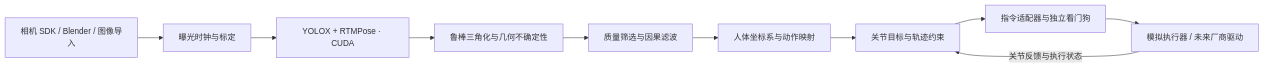
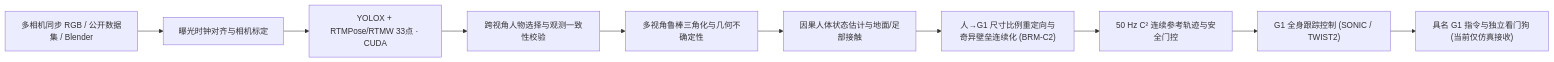
Before and after one commit to Tw6249/multiview-3d-pose-estimation: the diagram in docs/architecture.md, drawn with Mermaid. The commit also changed other lines of this file and 211 other files, not shown here.

Commit message:
chore: streamline codebase to finalized mainline (BRM-C2 + SONIC) and update showcase README

````diff
--- a/docs/architecture.md
+++ b/docs/architecture.md
@@ -9,12 +5,12 @@
 ```mermaid
 flowchart LR
-    A[相机 SDK / Blender / 图像导入] --> B[曝光时钟与标定]
-    B --> C[YOLOX + RTMPose · CUDA]
-    C --> D[鲁棒三角化与几何不确定性]
-    D --> E[质量筛选与因果滤波]
-    E --> F[人体坐标系与动作映射]
-    F --> G[关节目标与轨迹约束]
-    G --> H[指令适配器与独立看门狗]
-    H --> I[模拟执行器 / 未来厂商驱动]
-    I -->|关节反馈与执行状态| G
+    A["多相机同步 RGB / 公开数据集 / Blender"] --> B["曝光时钟对齐与相机标定"]
+    B --> C["YOLOX + RTMPose/RTMW 33点 · CUDA"]
+    C --> D["跨视角人物选择与观测一致性校验"]
+    D --> E["多视角鲁棒三角化与几何不确定性"]
+    E --> F["因果人体状态估计与地面/足部接触"]
+    F --> G["人→G1 尺寸比例重定向与奇异壁垒连续化 (BRM-C2)"]
+    G --> H["50 Hz C² 连续参考轨迹与安全门控"]
+    H --> I["G1 全身跟踪控制 (SONIC / TWIST2)"]
+    I --> J["具名 G1 指令与独立看门狗 (当前仅仿真接收)"]
 ```
````
